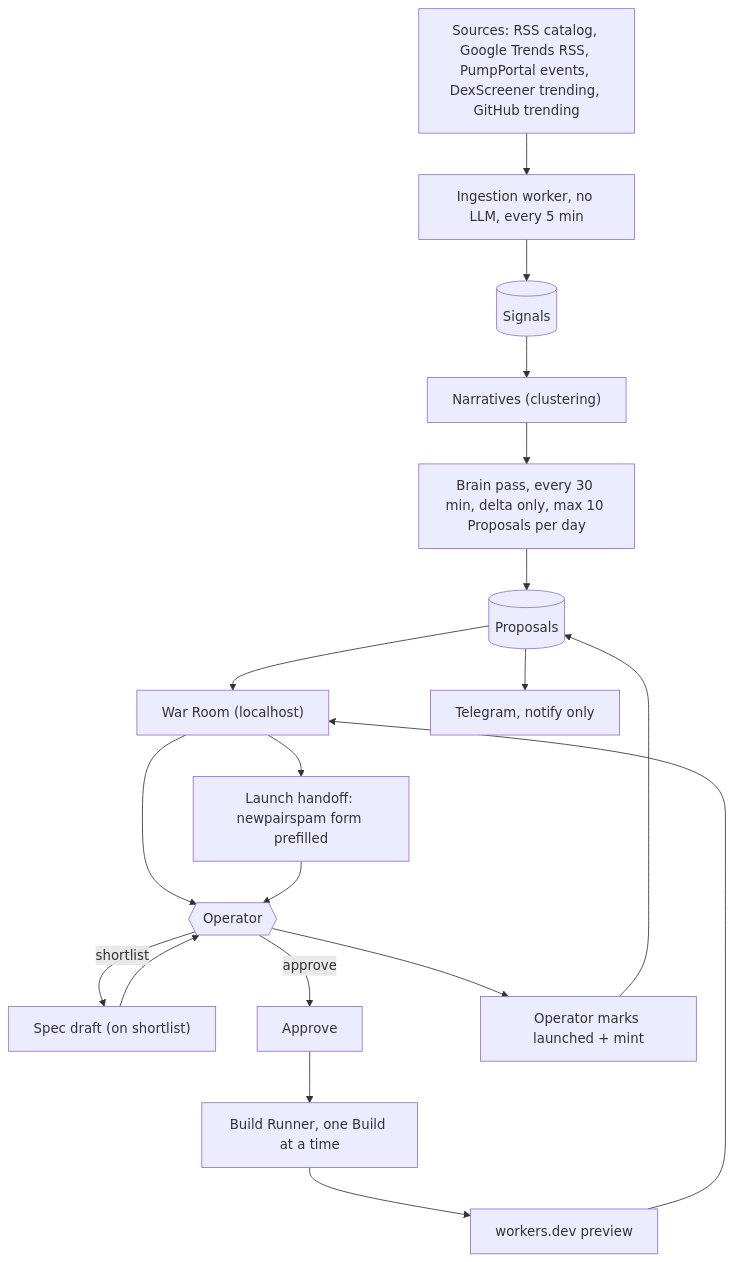
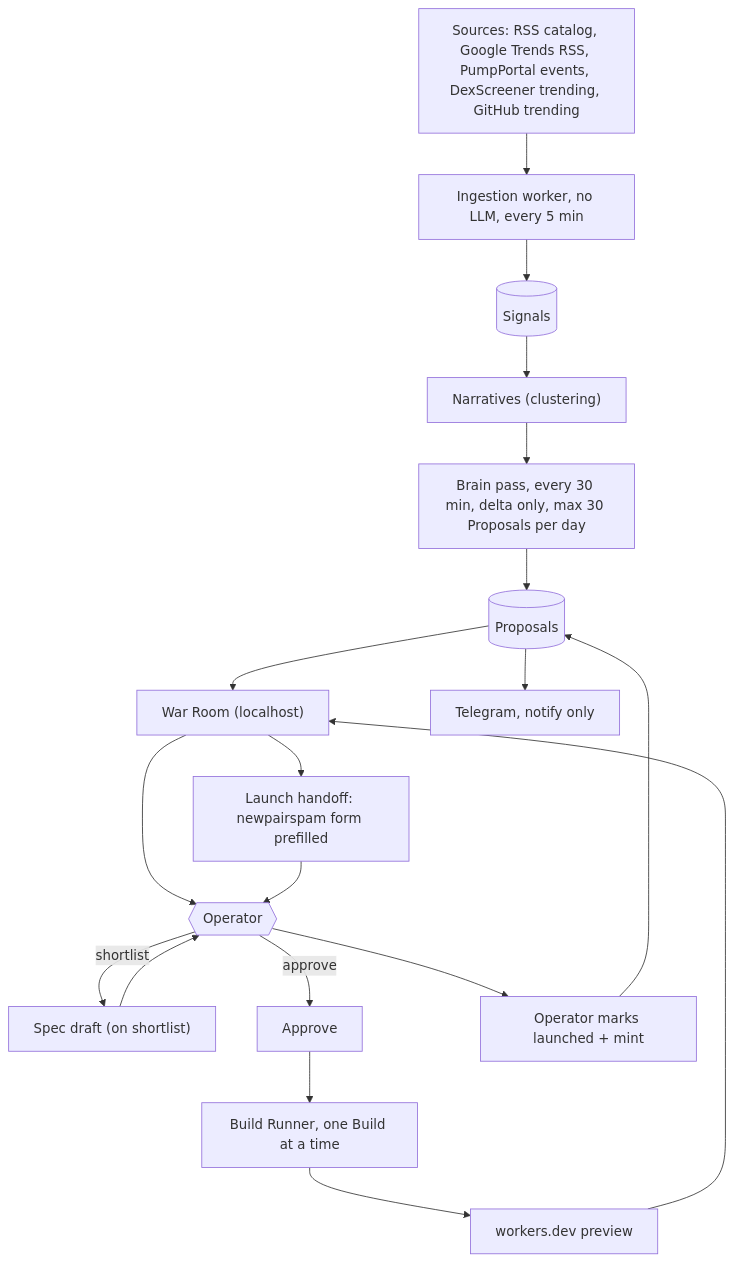
Before and after one commit to LuisPacx/argus: the first of 3 diagrams in docs/architecture.md, drawn with Mermaid. The commit also changed other lines of this file and 10 other files, not shown here.

````diff
--- a/docs/architecture.md
+++ b/docs/architecture.md
@@ -13,32 +13,32 @@
 ```mermaid
 flowchart TD
   SRC["Sources: RSS catalog, Google Trends RSS, PumpPortal events, DexScreener trending, GitHub trending"]
   ING["Ingestion worker, no LLM, every 5 min"]
   SIG[("Signals")]
   NAR["Narratives (clustering)"]
-  BRAIN["Brain pass, every 30 min, delta only, max 10 Proposals per day"]
+  BRAIN["Brain pass, every 30 min, delta only, max 30 Proposals per day"]
   PROP[("Proposals")]
   WR["War Room (localhost)"]
   TG["Telegram, notify only"]
   OP{{"Operator"}}
   SPEC["Spec draft (on shortlist)"]
   APPR["Approve"]
   BR["Build Runner, one Build at a time"]
   PREV["workers.dev preview"]
   HAND["Launch handoff: newpairspam form prefilled"]
   MARK["Operator marks launched + mint"]
 
   SRC --> ING --> SIG --> NAR --> BRAIN --> PROP
   PROP --> WR
   PROP --> TG
   WR --> OP
   OP -->|shortlist| SPEC
   SPEC --> OP
   OP -->|approve| APPR --> BR
   BR --> PREV
   PREV --> WR
   WR --> HAND
   HAND --> OP
   OP --> MARK
   MARK --> PROP
 ```
````
